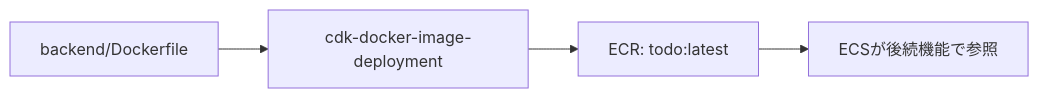
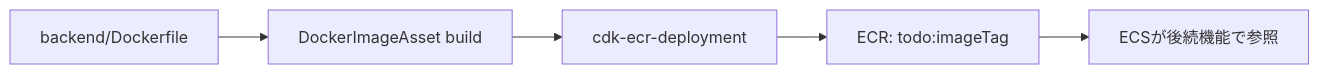
Before and after one commit to rafty/Todo-ECS-Sample: the diagram in docs/infra/ecr-image-deployment.md, drawn with Mermaid. The commit also changed other lines of this file and 13 other files, not shown here.

First line of the commit message:
feat(infra): cdk-ecr-deploymentへ移行しECSのlatest固定参照を廃止

````diff
--- a/docs/infra/ecr-image-deployment.md
+++ b/docs/infra/ecr-image-deployment.md
@@ -16,6 +17,7 @@
 ```mermaid
 flowchart LR
-  A[backend/Dockerfile] --> B[cdk-docker-image-deployment]
-  B --> C[ECR: todo:latest]
-  C --> D[ECSが後続機能で参照]
+  A[backend/Dockerfile] --> B[DockerImageAsset build]
+  B --> C[cdk-ecr-deployment]
+  C --> D[ECR: todo:imageTag]
+  D --> E[ECSが後続機能で参照]
 ```
````
